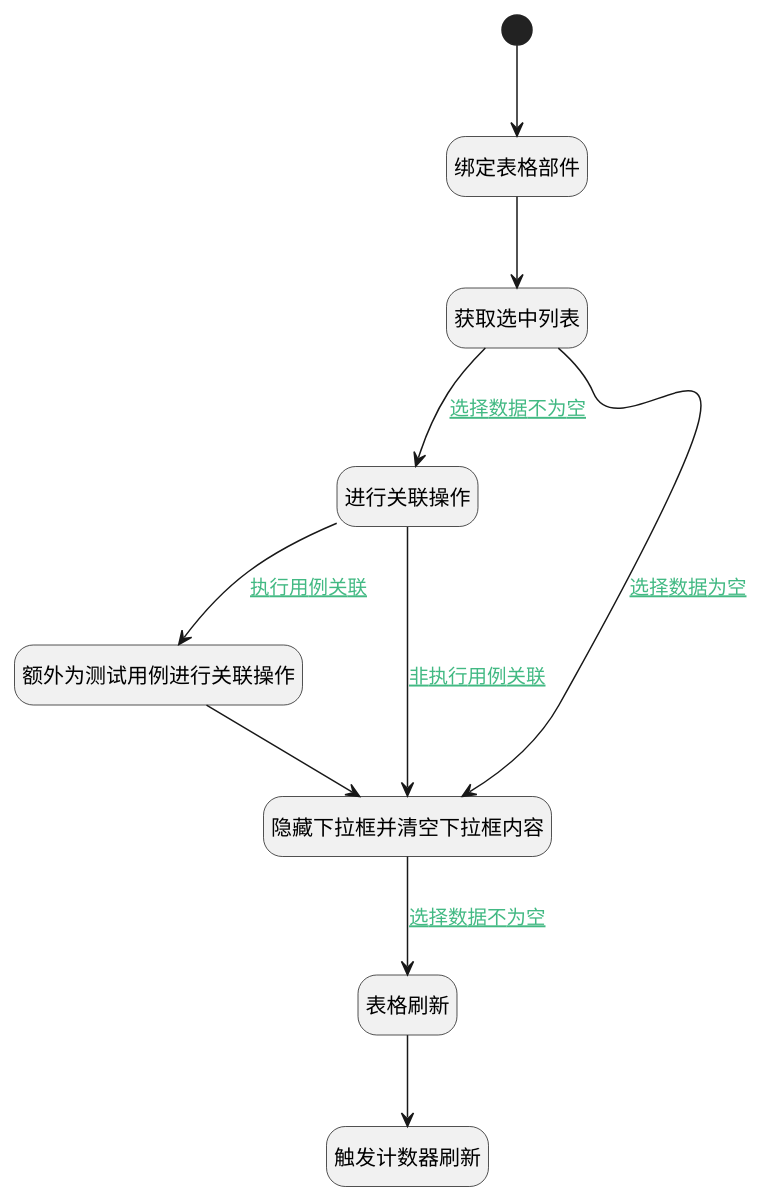
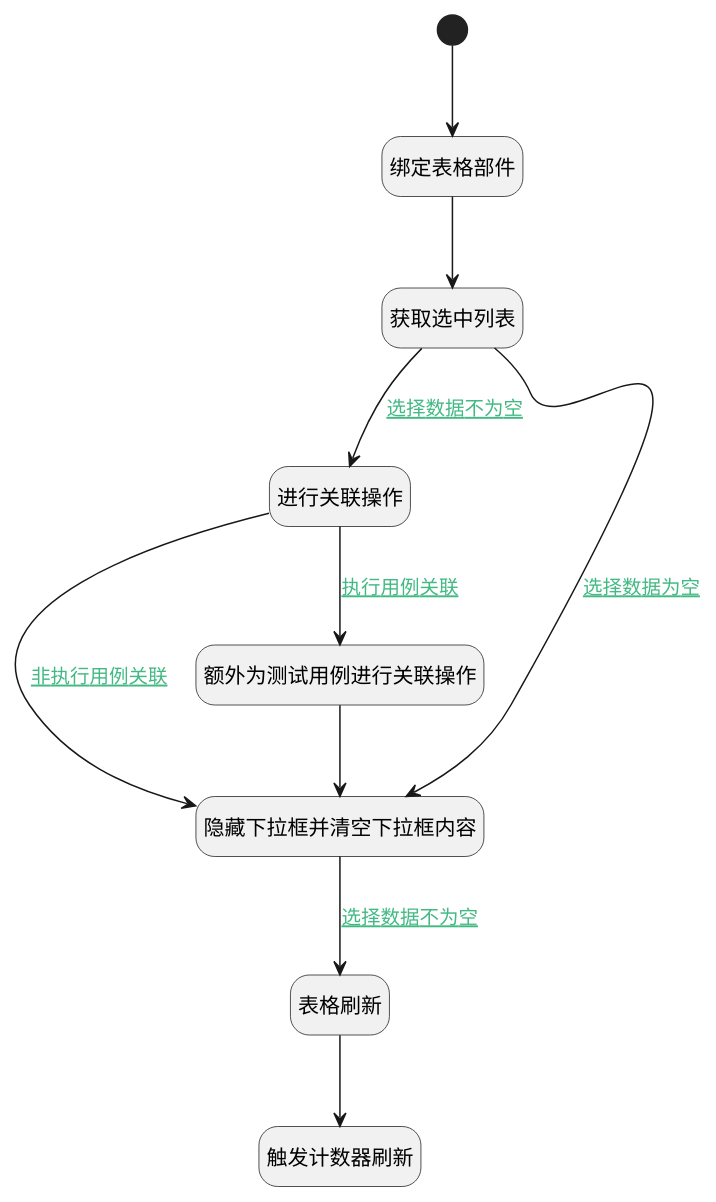
Before and after one commit to iBizLab/plm: the diagram in doc/docsify/module/ProjMgmt/work_item/uilogic/run_relation_work_item_bug.md, drawn with PlantUML. The commit also changed other lines of this file and 1276 other files, not shown here.

````diff
--- a/doc/docsify/module/ProjMgmt/work_item/uilogic/run_relation_work_item_bug.md
+++ b/doc/docsify/module/ProjMgmt/work_item/uilogic/run_relation_work_item_bug.md
@@ -7,33 +7,33 @@
 ```plantuml
 @startuml
 hide footbox
 <style>
 root {
   HyperlinkColor #42b983
 }
 </style>
 
 hide empty description
 state "开始" as Begin <<start>> [[$./run_relation_work_item_bug#begin {开始}]]
+state "进行关联操作" as DEACTION1  [[$./run_relation_work_item_bug#deaction1 {进行关联操作}]]
+state "获取选中列表" as RAWJSCODE2  [[$./run_relation_work_item_bug#rawjscode2 {获取选中列表}]]
+state "触发计数器刷新" as RAWJSCODE3  [[$./run_relation_work_item_bug#rawjscode3 {触发计数器刷新}]]
+state "隐藏下拉框并清空下拉框内容" as RAWJSCODE1  [[$./run_relation_work_item_bug#rawjscode1 {隐藏下拉框并清空下拉框内容}]]
+state "绑定表格部件" as PREPAREJSPARAM1  [[$./run_relation_work_item_bug#preparejsparam1 {绑定表格部件}]]
 state "额外为测试用例进行关联操作" as DEACTION2  [[$./run_relation_work_item_bug#deaction2 {额外为测试用例进行关联操作}]]
 state "表格刷新" as VIEWCTRLINVOKE1  [[$./run_relation_work_item_bug#viewctrlinvoke1 {表格刷新}]]
-state "触发计数器刷新" as RAWJSCODE3  [[$./run_relation_work_item_bug#rawjscode3 {触发计数器刷新}]]
-state "获取选中列表" as RAWJSCODE2  [[$./run_relation_work_item_bug#rawjscode2 {获取选中列表}]]
-state "进行关联操作" as DEACTION1  [[$./run_relation_work_item_bug#deaction1 {进行关联操作}]]
-state "绑定表格部件" as PREPAREJSPARAM1  [[$./run_relation_work_item_bug#preparejsparam1 {绑定表格部件}]]
-state "隐藏下拉框并清空下拉框内容" as RAWJSCODE1  [[$./run_relation_work_item_bug#rawjscode1 {隐藏下拉框并清空下拉框内容}]]
 
 
 Begin --> PREPAREJSPARAM1
 PREPAREJSPARAM1 --> RAWJSCODE2
 RAWJSCODE2 --> DEACTION1 : [[$./run_relation_work_item_bug#rawjscode2-deaction1{选择数据不为空} 选择数据不为空]]
 DEACTION1 --> RAWJSCODE1 : [[$./run_relation_work_item_bug#deaction1-rawjscode1{非执行用例关联} 非执行用例关联]]
 RAWJSCODE1 --> VIEWCTRLINVOKE1 : [[$./run_relation_work_item_bug#rawjscode1-viewctrlinvoke1{选择数据不为空} 选择数据不为空]]
 VIEWCTRLINVOKE1 --> RAWJSCODE3
 DEACTION1 --> DEACTION2 : [[$./run_relation_work_item_bug#deaction1-deaction2{执行用例关联} 执行用例关联]]
 DEACTION2 --> RAWJSCODE1
 RAWJSCODE2 --> RAWJSCODE1 : [[$./run_relation_work_item_bug#rawjscode2-rawjscode1{选择数据为空} 选择数据为空]]
 
 
 @enduml
 ```
````
